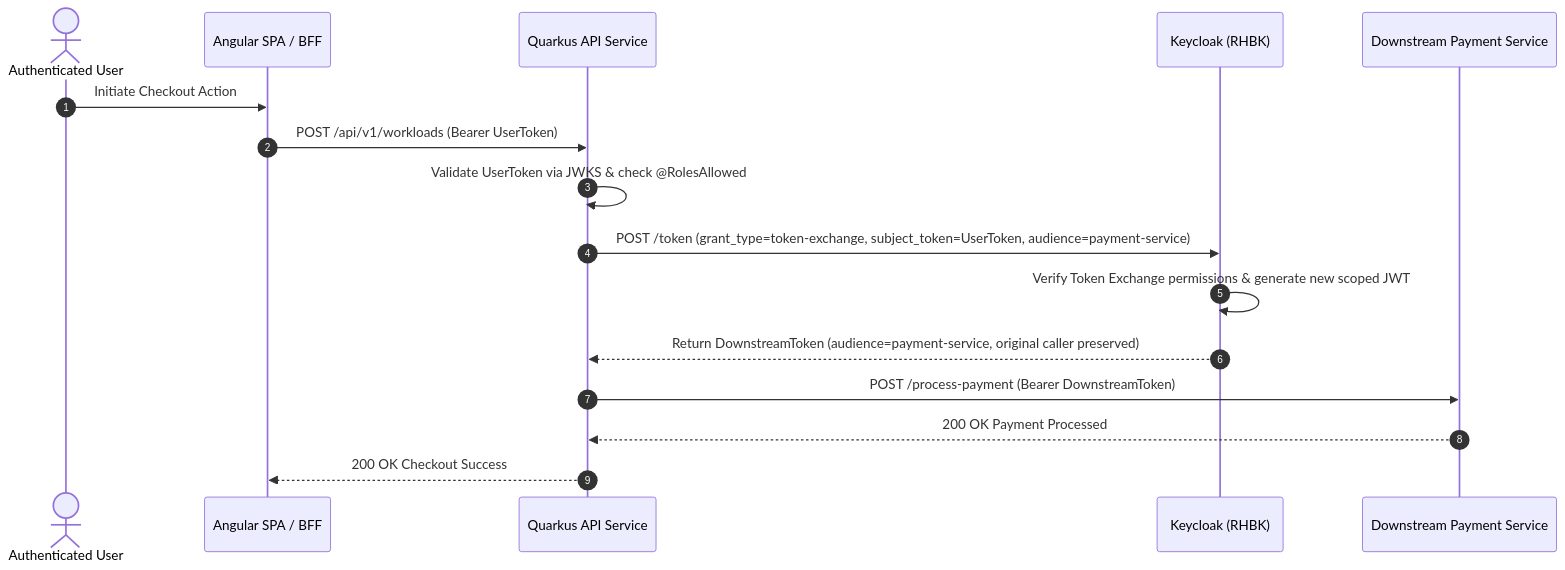
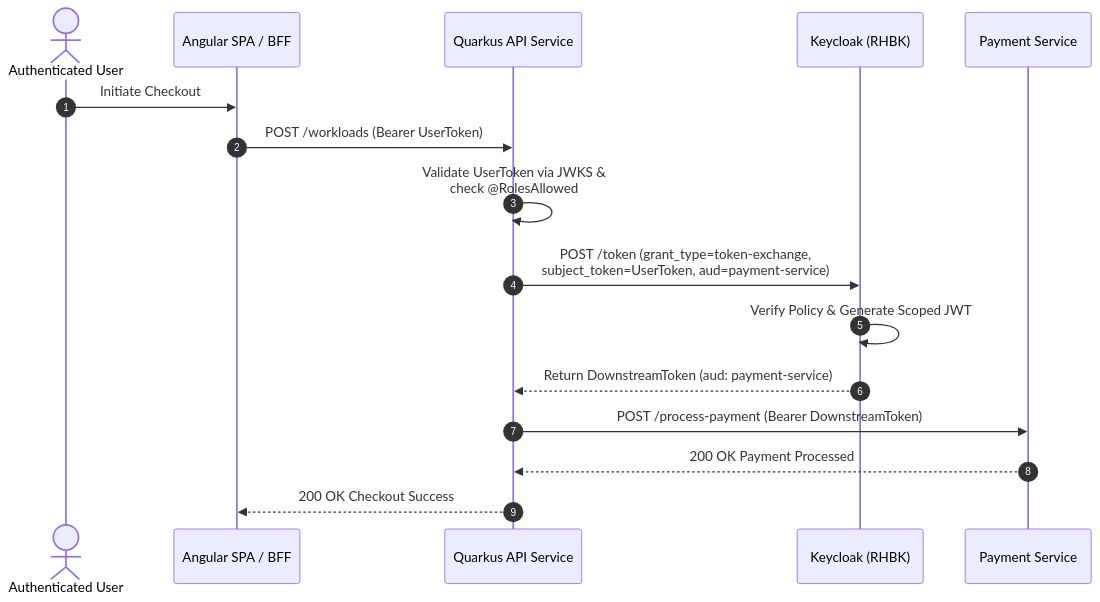
The diagram in apps/microservices/quarkus-api-service/README.md (nubenetes/keycloak-openshift-2026), drawn with Mermaid before and after one commit. The commit also changed 11 other files, not shown here.

Commit message:
fix(docs): optimize Mermaid architecture and sequence diagrams with text-wrapped node labels and improved layout

````diff
--- a/apps/microservices/quarkus-api-service/README.md
+++ b/apps/microservices/quarkus-api-service/README.md
@@ -12,19 +12,19 @@
 ```mermaid
 sequenceDiagram
     autonumber
     actor User as Authenticated User
     participant Frontend as Angular SPA / BFF
     participant Gateway as Quarkus API Service
     participant KC as Keycloak (RHBK)
-    participant Downstream as Downstream Payment Service
+    participant Downstream as Payment Service
 
-    User->>Frontend: Initiate Checkout Action
-    Frontend->>Gateway: POST /api/v1/workloads (Bearer UserToken)
-    Gateway->>Gateway: Validate UserToken via JWKS & check @RolesAllowed
-    Gateway->>KC: POST /token (grant_type=token-exchange, subject_token=UserToken, audience=payment-service)
-    KC->>KC: Verify Token Exchange permissions & generate new scoped JWT
-    KC-->>Gateway: Return DownstreamToken (audience=payment-service, original caller preserved)
+    User->>Frontend: Initiate Checkout
+    Frontend->>Gateway: POST /workloads (Bearer UserToken)
+    Gateway->>Gateway: Validate UserToken via JWKS &<br/>check @RolesAllowed
+    Gateway->>KC: POST /token (grant_type=token-exchange,<br/>subject_token=UserToken, aud=payment-service)
+    KC->>KC: Verify Policy & Generate Scoped JWT
+    KC-->>Gateway: Return DownstreamToken (aud: payment-service)
     Gateway->>Downstream: POST /process-payment (Bearer DownstreamToken)
     Downstream-->>Gateway: 200 OK Payment Processed
     Gateway-->>Frontend: 200 OK Checkout Success
 ```
````
